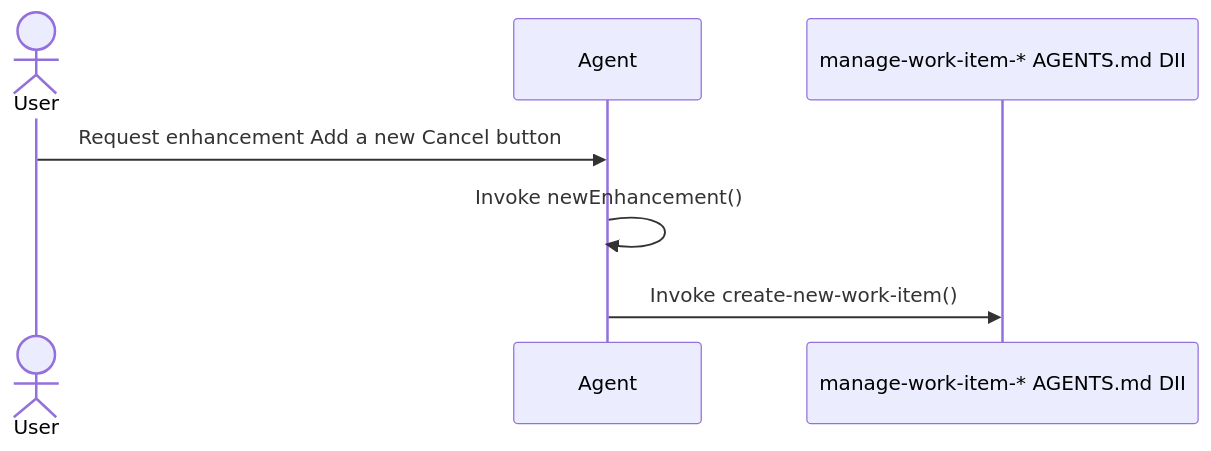
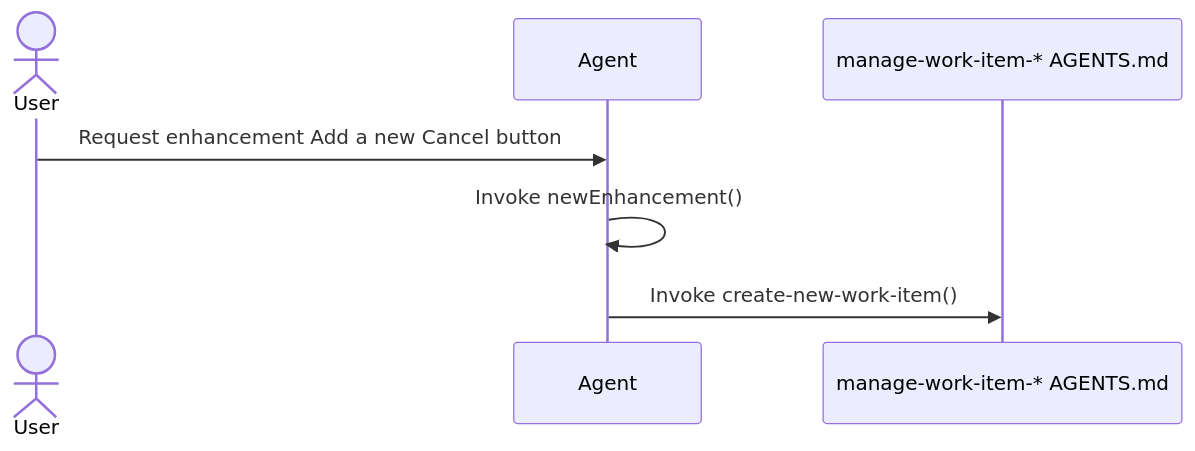
Before and after one commit to martinbechard/dev-methodology: the fifth of 11 diagrams in design/object-oriented-agent-and-skill-model.md, drawn with Mermaid. The commit also changed other lines of this file and 2 other files, not shown here.

Commit message:
Simplify AGENTS.md diagram prototypes

````diff
--- a/design/object-oriented-agent-and-skill-model.md
+++ b/design/object-oriented-agent-and-skill-model.md
@@ -367,10 +367,10 @@
 ```mermaid
 sequenceDiagram
     actor User
     participant Agent
-    participant Interface as manage-work-item-* AGENTS.md DII
+    participant Interface as manage-work-item-* AGENTS.md
 
     User->>Agent: Request enhancement Add a new Cancel button
     Agent->>Agent: Invoke newEnhancement()
     Agent->>Interface: Invoke create-new-work-item()
 ```
````
